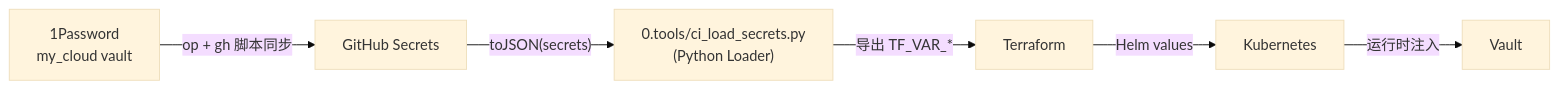
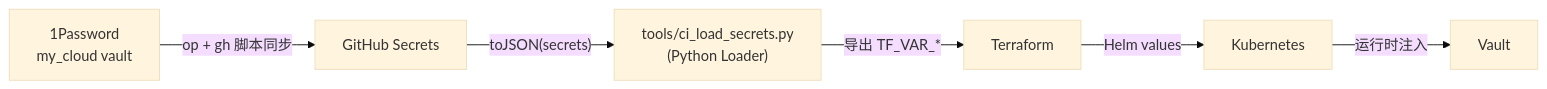
One commit to wangzitian0/infra changed the first of 2 diagrams in docs/ssot/platform.secrets.md. Above: the diagram before and after it, drawn with Mermaid (base theme). The commit also changed other lines of this file and 72 other files, not shown here.

````diff
--- a/docs/ssot/platform.secrets.md
+++ b/docs/ssot/platform.secrets.md
@@ -7,8 +7,8 @@
 ```mermaid
 graph LR
     OP[1Password<br/>my_cloud vault] -->|"op + gh 脚本同步"| GH[GitHub Secrets]
-    GH -->|"toJSON(secrets)"| Loader["0.tools/ci_load_secrets.py<br/>(Python Loader)"]
+    GH -->|"toJSON(secrets)"| Loader["tools/ci_load_secrets.py<br/>(Python Loader)"]
     Loader -->|导出 TF_VAR_*| TF[Terraform]
     TF -->|Helm values| K8S[Kubernetes]
     K8S -->|运行时注入| VAULT[Vault]
 ```
````
